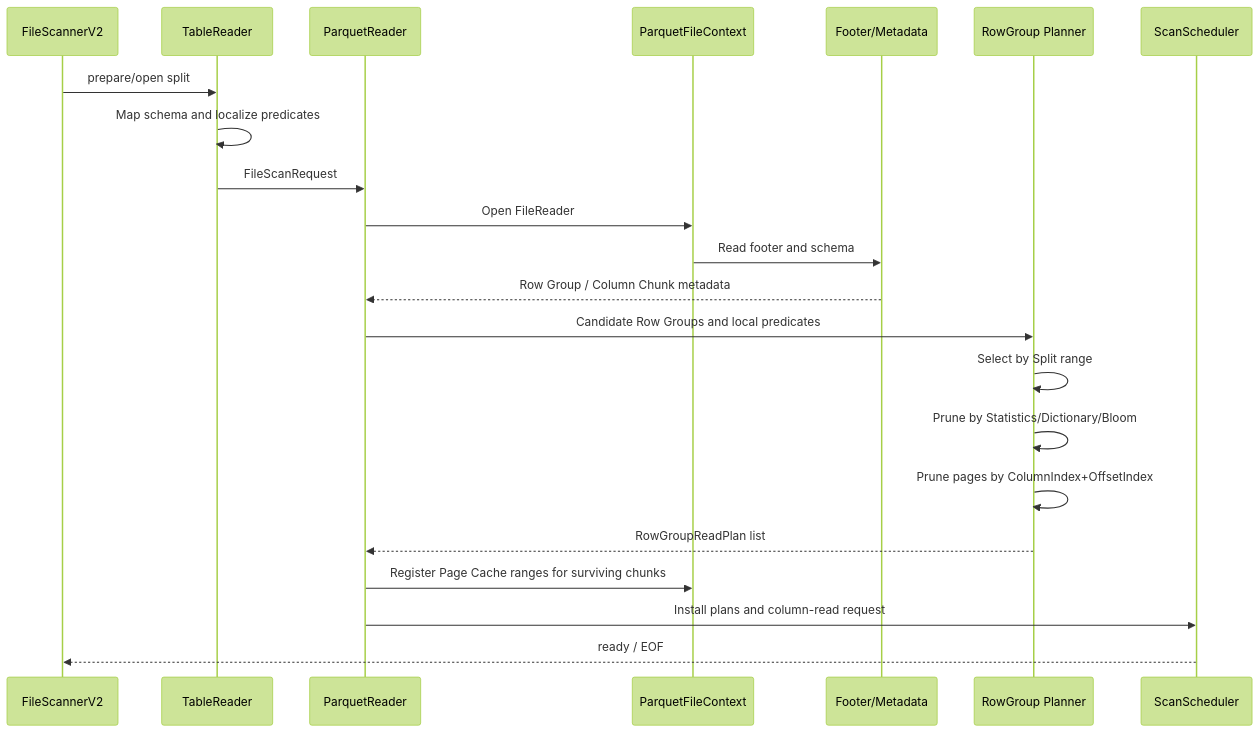
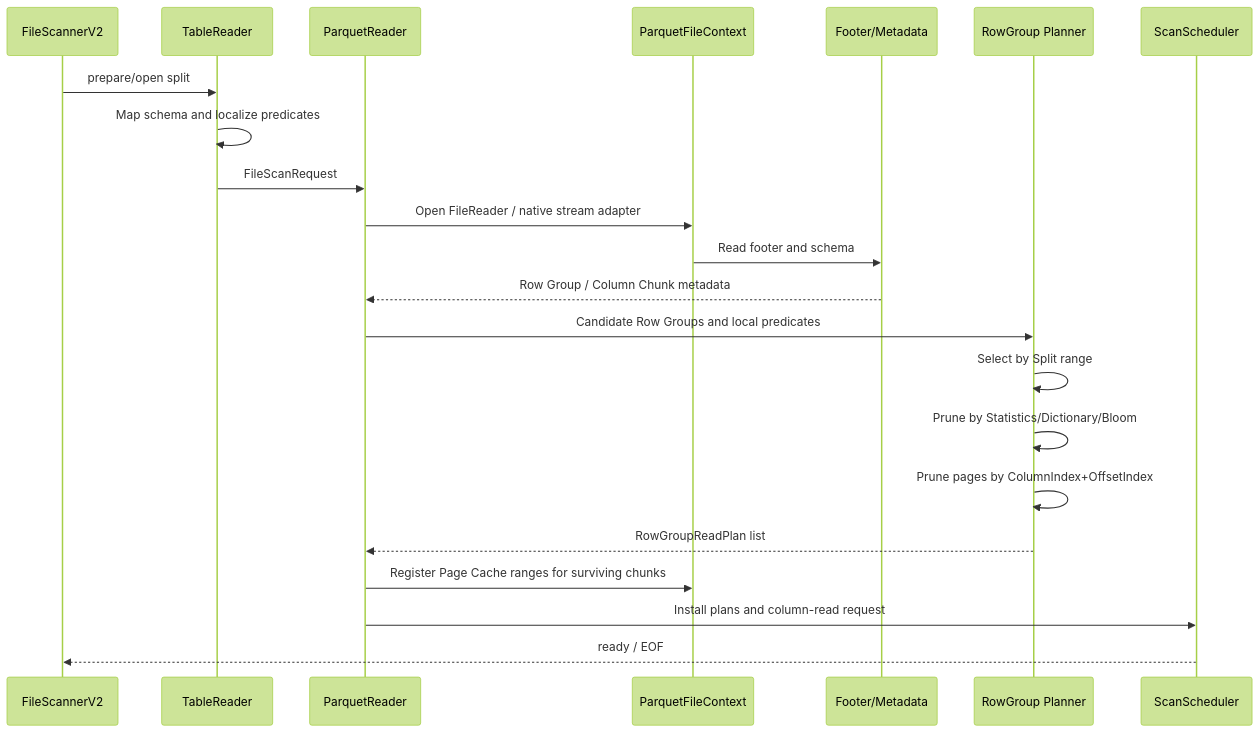
Before and after one commit to apache/doris: the third of 14 diagrams in docs/file-scanner-v2-parquet-scan-design.md, drawn with Mermaid (forest theme). The commit also changed other lines of this file and 171 other files, not shown here.

````diff
--- a/docs/file-scanner-v2-parquet-scan-design.md
+++ b/docs/file-scanner-v2-parquet-scan-design.md
@@ -66,24 +126,24 @@
 ```mermaid
 sequenceDiagram
   participant FS as FileScannerV2
   participant TR as TableReader
   participant PR as ParquetReader
   participant FC as ParquetFileContext
   participant META as Footer/Metadata
   participant PLAN as RowGroup Planner
   participant SCH as ScanScheduler
   FS->>TR: prepare/open split
   TR->>TR: Map schema and localize predicates
   TR->>PR: FileScanRequest
-  PR->>FC: Open FileReader
+  PR->>FC: Open FileReader / native stream adapter
   FC->>META: Read footer and schema
   META-->>PR: Row Group / Column Chunk metadata
   PR->>PLAN: Candidate Row Groups and local predicates
   PLAN->>PLAN: Select by Split range
   PLAN->>PLAN: Prune by Statistics/Dictionary/Bloom
   PLAN->>PLAN: Prune pages by ColumnIndex+OffsetIndex
   PLAN-->>PR: RowGroupReadPlan list
   PR->>FC: Register Page Cache ranges for surviving chunks
   PR->>SCH: Install plans and column-read request
   SCH-->>FS: ready / EOF
 ```
````
